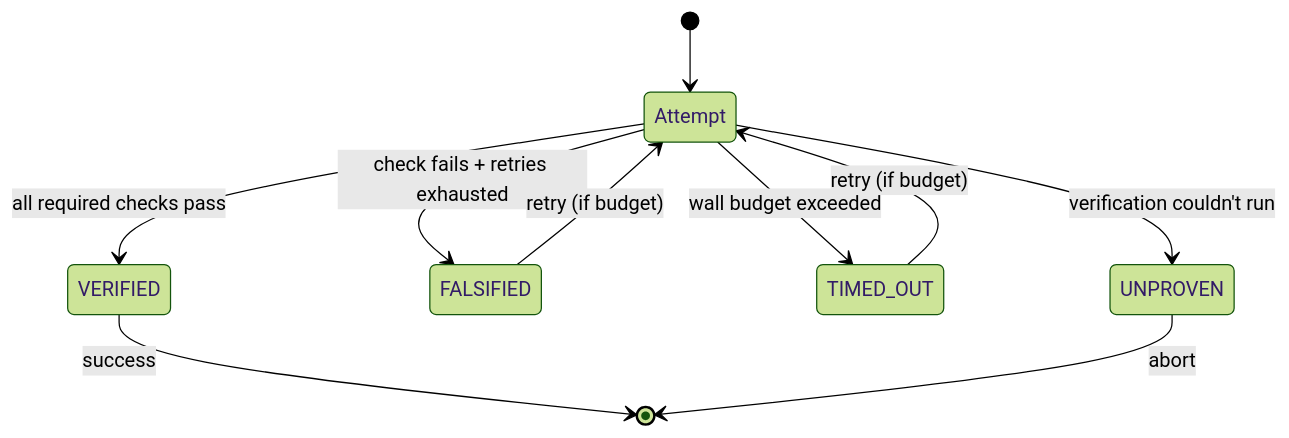
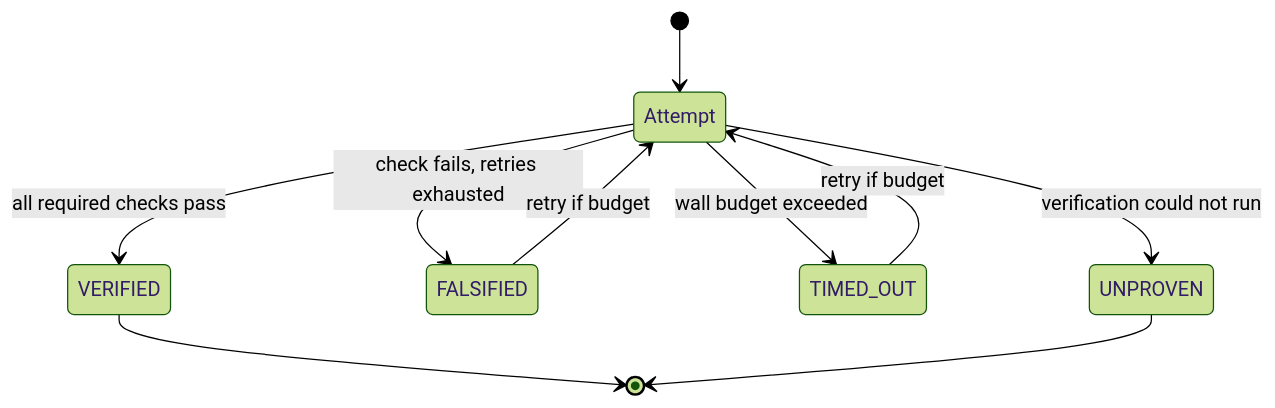
The second of 8 diagrams in README.md (yhinai/true), drawn with Mermaid (forest theme) before and after one commit. The commit also changed other lines of this file, not shown here.

Commit message:
docs: minimal README with fixed diagrams

````diff
--- a/README.md
+++ b/README.md
@@ -51,12 +48,12 @@
 ```mermaid
 stateDiagram-v2
     [*] --> Attempt
     Attempt --> VERIFIED: all required checks pass
-    Attempt --> FALSIFIED: check fails + retries exhausted
+    Attempt --> FALSIFIED: check fails, retries exhausted
     Attempt --> TIMED_OUT: wall budget exceeded
-    Attempt --> UNPROVEN: verification couldn't run
-    FALSIFIED --> Attempt: retry (if budget)
-    TIMED_OUT --> Attempt: retry (if budget)
-    VERIFIED --> [*]: success
-    UNPROVEN --> [*]: abort
+    Attempt --> UNPROVEN: verification could not run
+    FALSIFIED --> Attempt: retry if budget
+    TIMED_OUT --> Attempt: retry if budget
+    VERIFIED --> [*]
+    UNPROVEN --> [*]
 ```
````
